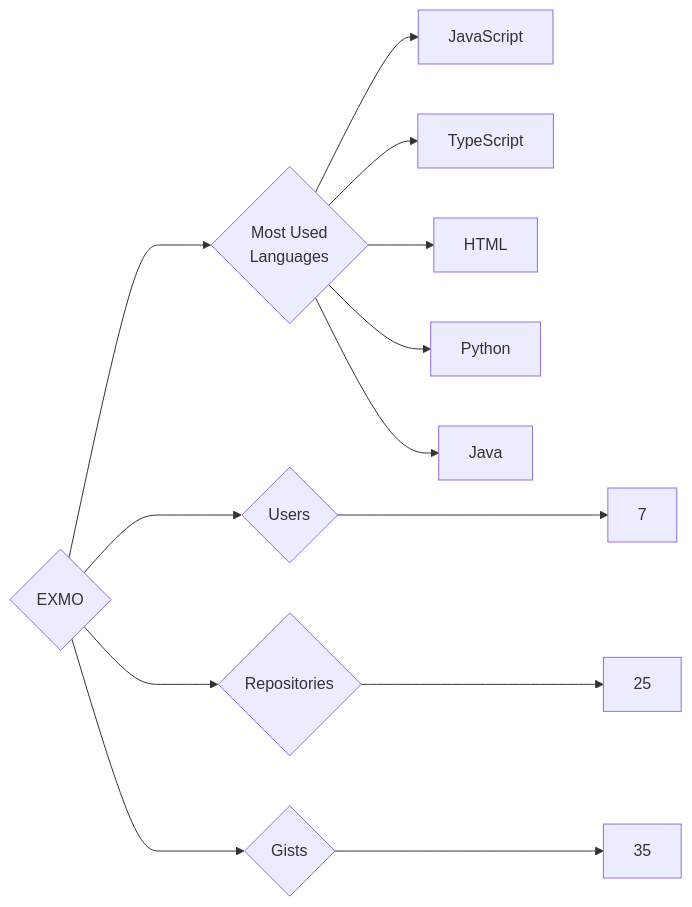
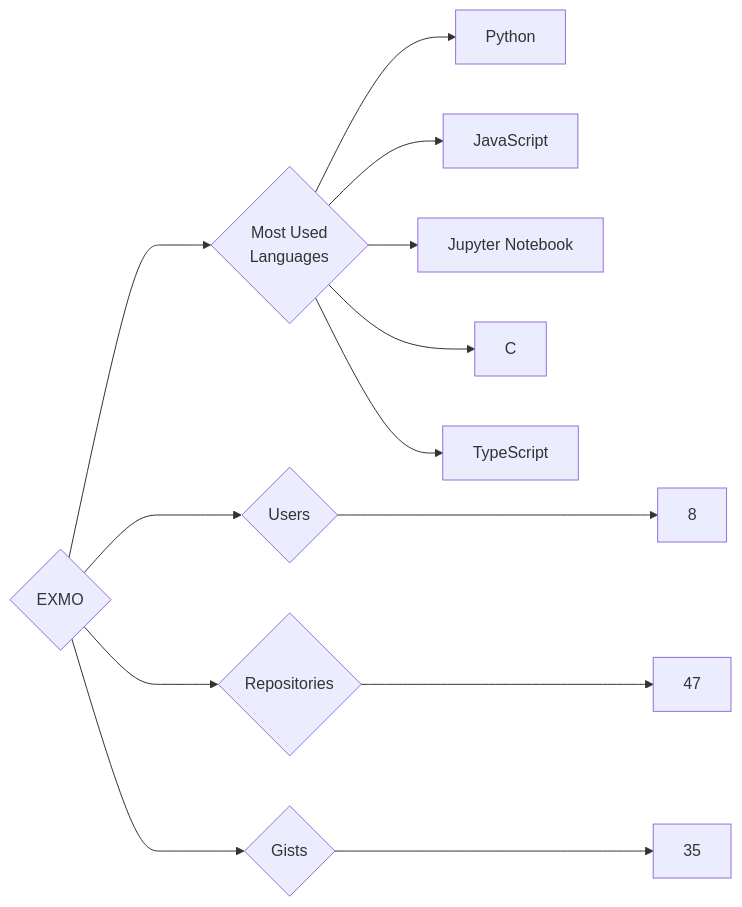
One commit to trickest/insiders changed the diagram in targets/EXMO/README.md. Above: the diagram before and after it, drawn with Mermaid. The commit also changed 1170 other files, not shown here.

````diff
--- a/targets/EXMO/README.md
+++ b/targets/EXMO/README.md
@@ -3,13 +3,13 @@
 ```mermaid
 graph LR
 COMPANY_NAME{EXMO}
-COMPANY_NAME ---> U{Users} ---> UN[7]
-COMPANY_NAME ---> R{Repositories} ---> RN[25]
+COMPANY_NAME ---> U{Users} ---> UN[8]
+COMPANY_NAME ---> R{Repositories} ---> RN[47]
 COMPANY_NAME ---> G{Gists} ---> GN[35]
 COMPANY_NAME ---> ML{Most Used<br>Languages}
+ML --> Python[Python]
 ML --> JavaScript[JavaScript]
+ML --> Jupyter_Notebook[Jupyter Notebook]
+ML --> C[C]
 ML --> TypeScript[TypeScript]
-ML --> HTML[HTML]
-ML --> Python[Python]
-ML --> Java[Java]
 ```
````
